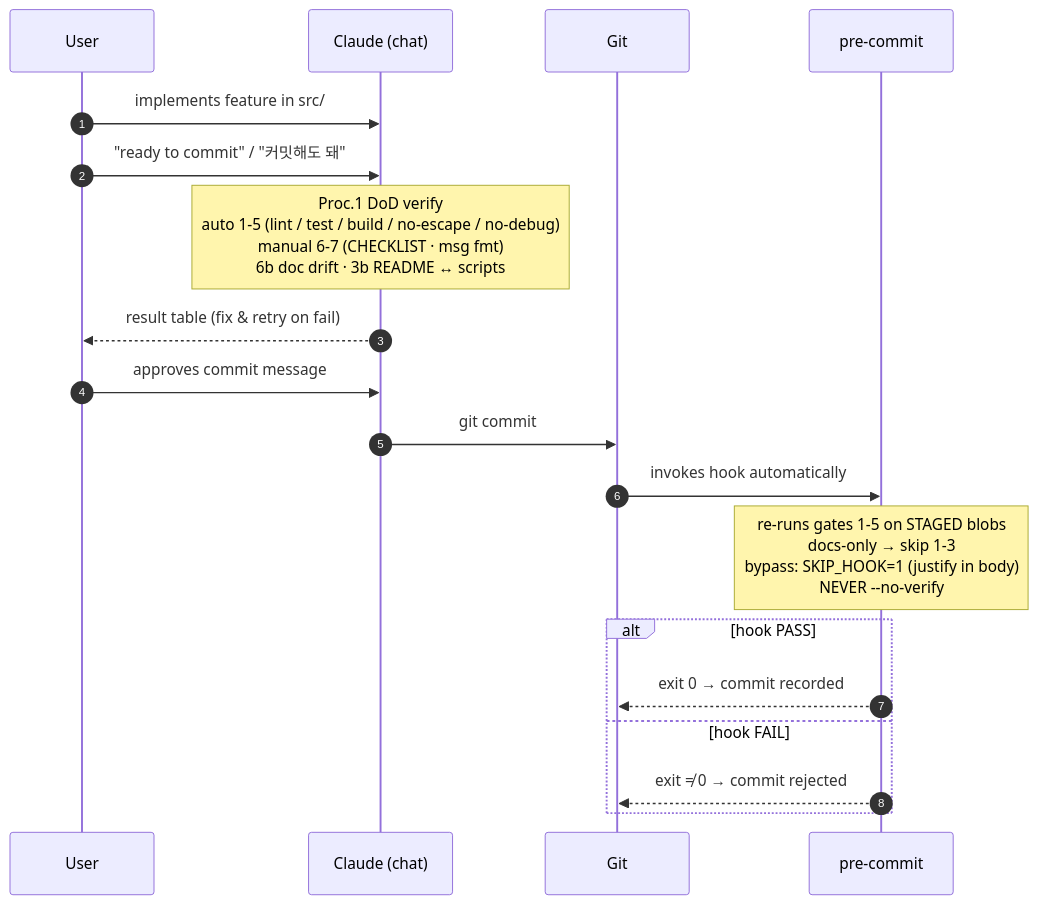
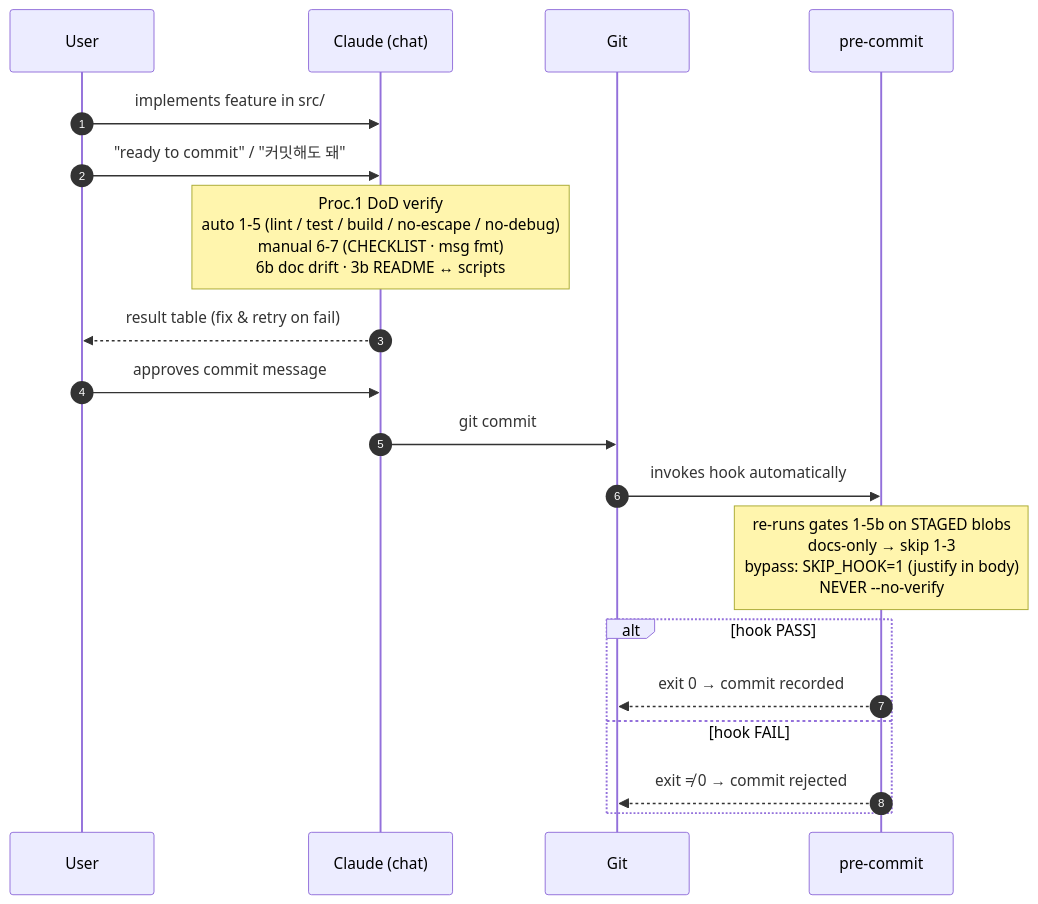
The fourth of 4 diagrams in docs/kit/OVERVIEW.md (JayKim88/craft-kit), drawn with Mermaid before and after one commit. The commit also changed other lines of this file and 14 other files, not shown here.

````diff
--- a/docs/kit/OVERVIEW.md
+++ b/docs/kit/OVERVIEW.md
@@ -165,22 +165,22 @@
 ```mermaid
 sequenceDiagram
   autonumber
   participant U as User
   participant AI as Claude (chat)
   participant Git
   participant Hook as pre-commit
 
   U->>AI: implements feature in src/
   U->>AI: "ready to commit" / "커밋해도 돼"
   Note over AI: Proc.1 DoD verify<br/>auto 1-5 (lint / test / build / no-escape / no-debug)<br/>manual 6-7 (CHECKLIST · msg fmt)<br/>6b doc drift · 3b README ↔ scripts
   AI-->>U: result table (fix & retry on fail)
   U->>AI: approves commit message
   AI->>Git: git commit
   Git->>Hook: invokes hook automatically
-  Note over Hook: re-runs gates 1-5 on STAGED blobs<br/>docs-only → skip 1-3<br/>bypass: SKIP_HOOK=1 (justify in body)<br/>NEVER --no-verify
+  Note over Hook: re-runs gates 1-5b on STAGED blobs<br/>docs-only → skip 1-3<br/>bypass: SKIP_HOOK=1 (justify in body)<br/>NEVER --no-verify
   alt hook PASS
     Hook-->>Git: exit 0 → commit recorded
   else hook FAIL
     Hook-->>Git: exit ≠ 0 → commit rejected
   end
 ```
````
